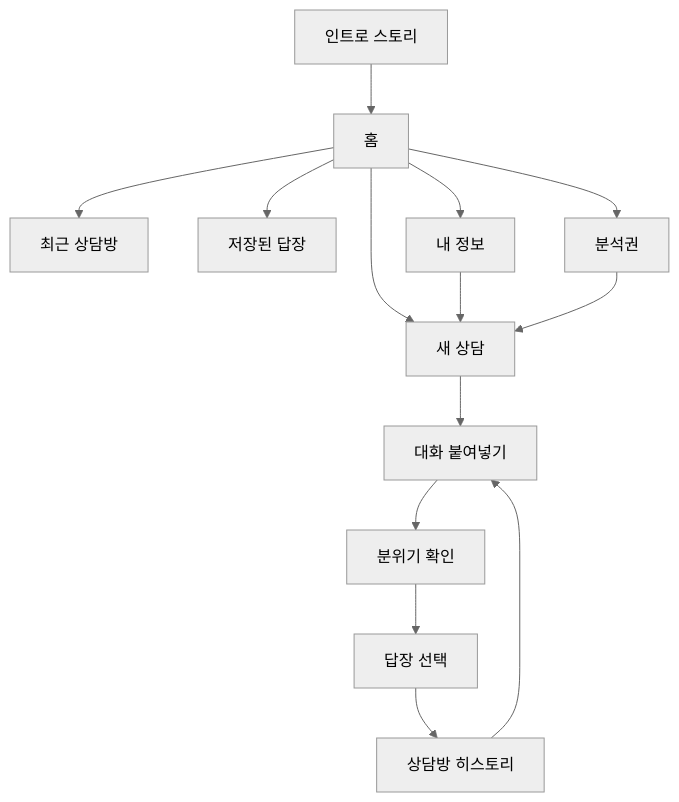
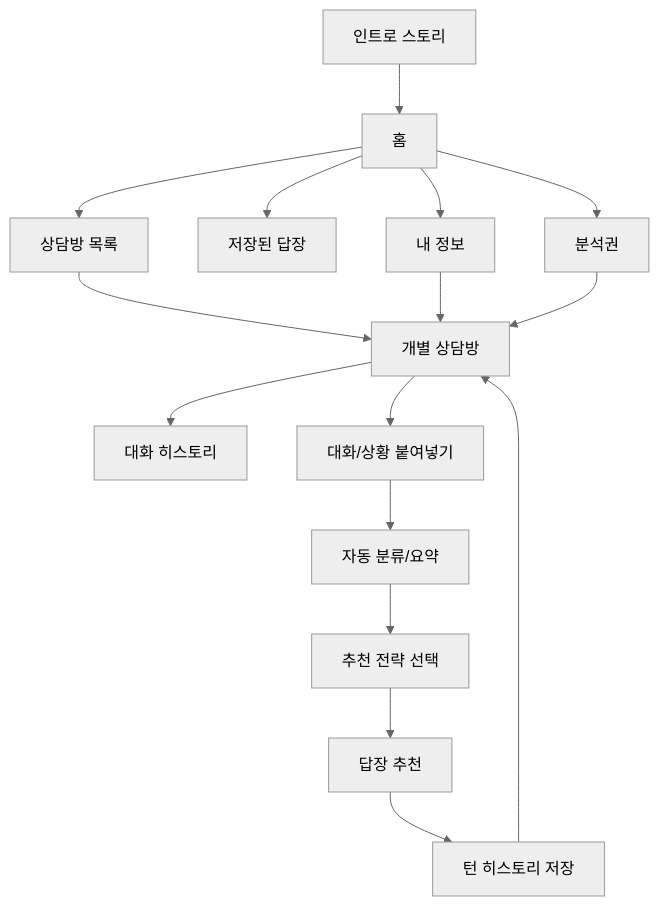
Before and after one commit to kjh5848/flirting-hell: the diagram in docs/product/app-information-architecture.md, drawn with Mermaid (neutral theme). The commit also changed other lines of this file and 206 other files, not shown here.

````diff
--- a/docs/product/app-information-architecture.md
+++ b/docs/product/app-information-architecture.md
@@ -19,16 +19,18 @@
 ```mermaid
 flowchart TD
   A["인트로 스토리"] --> B["홈"]
-  B --> C["새 상담"]
-  B --> D["최근 상담방"]
-  C --> E["대화 붙여넣기"]
-  E --> F["분위기 확인"]
-  F --> G["답장 선택"]
-  G --> H["상담방 히스토리"]
-  H --> E
-  B --> I["저장된 답장"]
+  B --> C["상담방 목록"]
+  C --> D["개별 상담방"]
+  D --> E["대화 히스토리"]
+  D --> F["대화/상황 붙여넣기"]
+  F --> G["자동 분류/요약"]
+  G --> H["추천 전략 선택"]
+  H --> I["답장 추천"]
+  I --> M["턴 히스토리 저장"]
+  M --> D
+  B --> L["저장된 답장"]
   B --> J["내 정보"]
   B --> K["분석권"]
-  J --> C
-  K --> C
+  J --> D
+  K --> D
 ```
````
